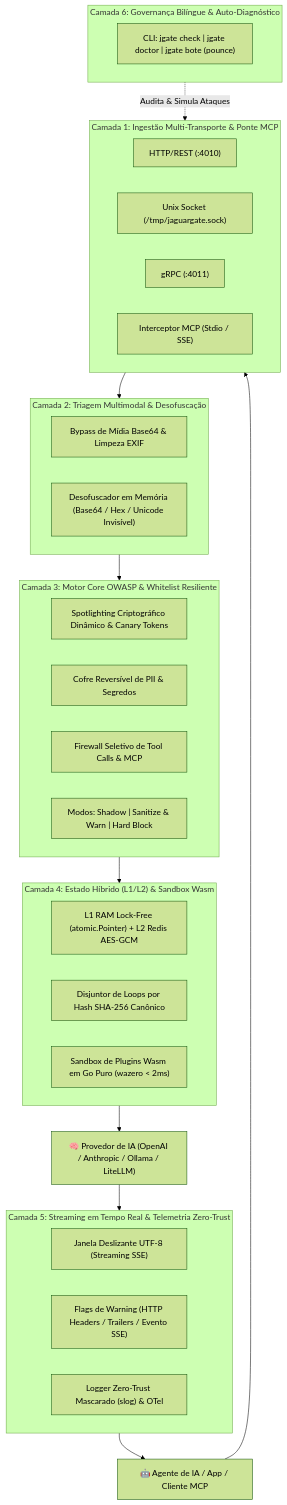
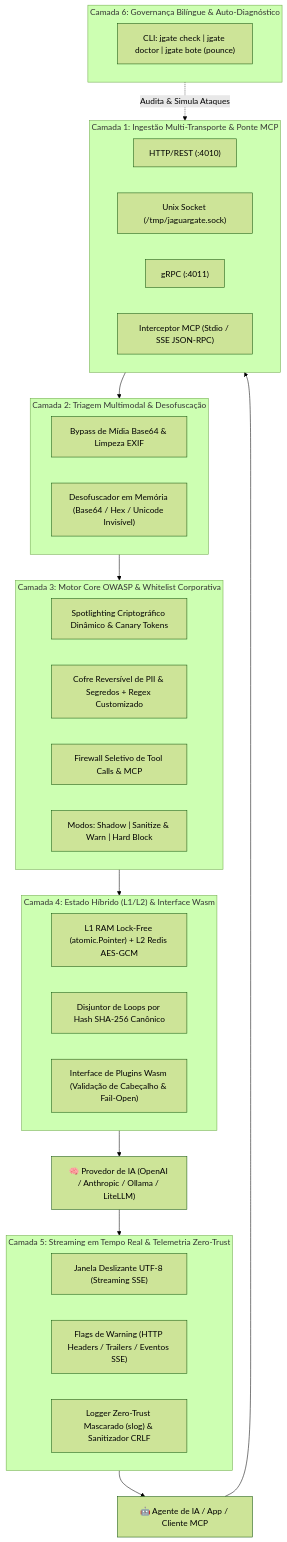
Before and after one commit to andrewbraga1/jaguargate: the diagram in README_pt-BR.md, drawn with Mermaid (forest theme). The commit also changed other lines of this file and 21 other files, not shown here.

Commit message:
feat(core): harden stream tools, mcp sibling inspection, anthropic output and grpc auth

````diff
--- a/README_pt-BR.md
+++ b/README_pt-BR.md
@@ -31,45 +34,45 @@
 ```mermaid
 flowchart TD
     Client["🤖 Agente de IA / App / Cliente MCP"]
 
     subgraph L1["Camada 1: Ingestão Multi-Transporte & Ponte MCP"]
         HTTP["HTTP/REST (:4010)"]
         UDS["Unix Socket (/tmp/jaguargate.sock)"]
         GRPC["gRPC (:4011)"]
-        MCP["Interceptor MCP (Stdio / SSE)"]
+        MCP["Interceptor MCP (Stdio / SSE JSON-RPC)"]
     end
 
     subgraph L2["Camada 2: Triagem Multimodal & Desofuscação"]
         Media["Bypass de Mídia Base64 & Limpeza EXIF"]
         Deob["Desofuscador em Memória (Base64 / Hex / Unicode Invisível)"]
     end
 
-    subgraph L3["Camada 3: Motor Core OWASP & Whitelist Resiliente"]
+    subgraph L3["Camada 3: Motor Core OWASP & Whitelist Corporativa"]
         Spot["Spotlighting Criptográfico Dinâmico & Canary Tokens"]
-        Vault["Cofre Reversível de PII & Segredos"]
+        Vault["Cofre Reversível de PII & Segredos + Regex Customizado"]
         Tools["Firewall Seletivo de Tool Calls & MCP"]
         Modes["Modos: Shadow | Sanitize & Warn | Hard Block"]
     end
 
-    subgraph L4["Camada 4: Estado Híbrido (L1/L2) & Sandbox Wasm"]
+    subgraph L4["Camada 4: Estado Híbrido (L1/L2) & Interface Wasm"]
         State["L1 RAM Lock-Free (atomic.Pointer) + L2 Redis AES-GCM"]
         Loop["Disjuntor de Loops por Hash SHA-256 Canônico"]
-        Wasm["Sandbox de Plugins Wasm em Go Puro (wazero < 2ms)"]
+        Wasm["Interface de Plugins Wasm (Validação de Cabeçalho & Fail-Open)"]
     end
 
     subgraph L5["Camada 5: Streaming em Tempo Real & Telemetria Zero-Trust"]
         Slide["Janela Deslizante UTF-8 (Streaming SSE)"]
-        Flags["Flags de Warning (HTTP Headers / Trailers / Evento SSE)"]
-        Logs["Logger Zero-Trust Mascarado (slog) & OTel"]
+        Flags["Flags de Warning (HTTP Headers / Trailers / Eventos SSE)"]
+        Logs["Logger Zero-Trust Mascarado (slog) & Sanitizador CRLF"]
     end
 
     subgraph L6["Camada 6: Governança Bilíngue & Auto-Diagnóstico"]
         CLI["CLI: jgate check | jgate doctor | jgate bote (pounce)"]
     end
 
     Upstream["🧠 Provedor de IA (OpenAI / Anthropic / Ollama / LiteLLM)"]
 
     Client --> L1 --> L2 --> L3 --> L4 --> Upstream
     Upstream --> L5 --> Client
     L6 -.->|"Audita & Simula Ataques"| L1
 ```
````
